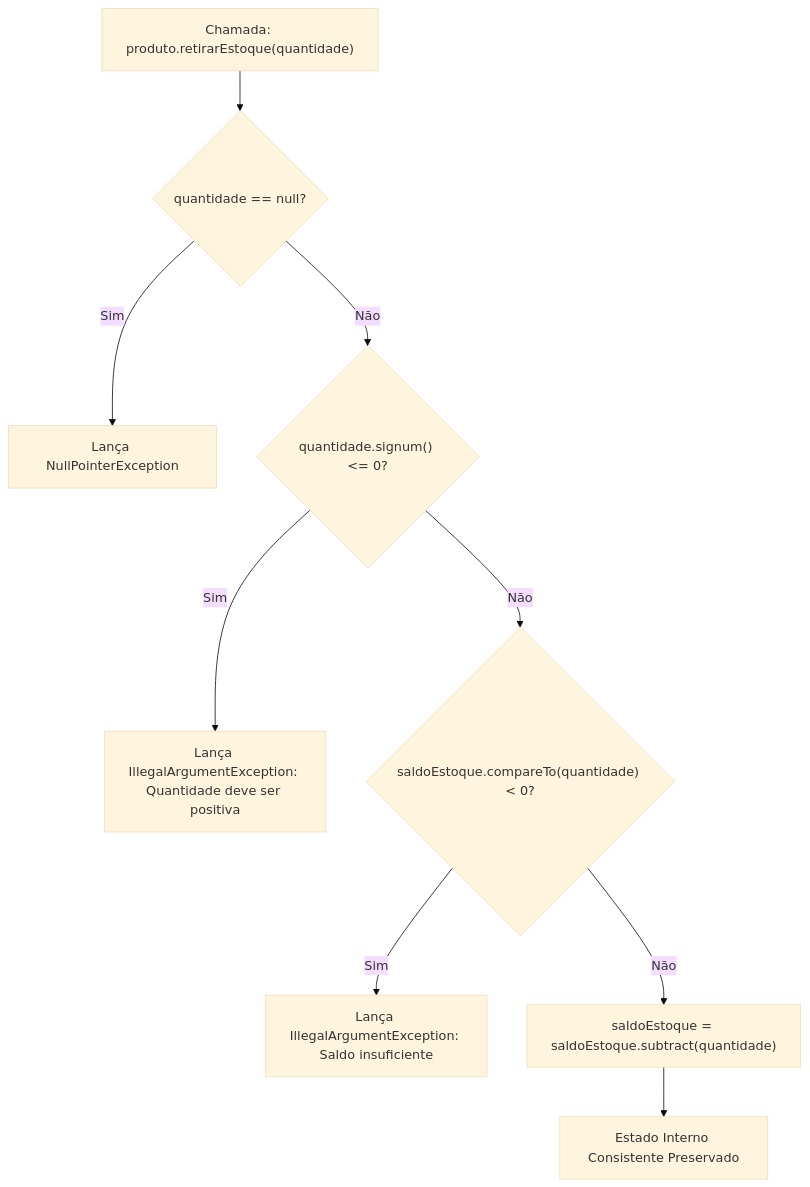
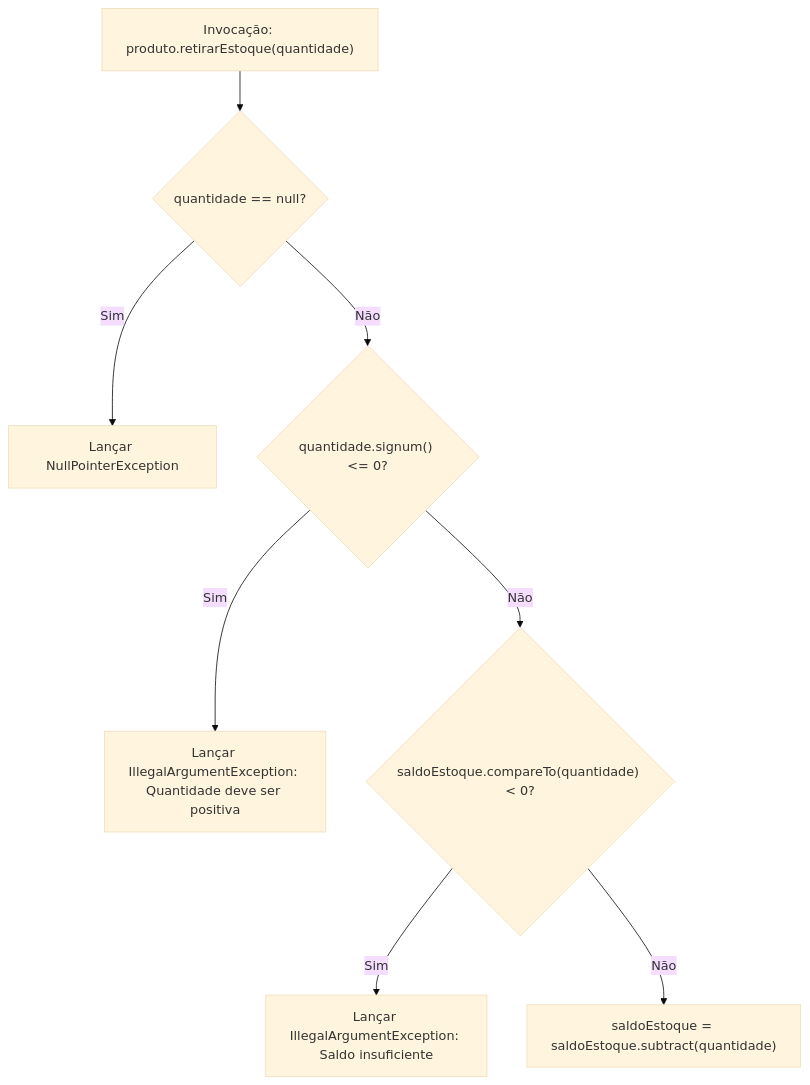
One commit to murilolol/unifef changed diagram 16 of 31 in 4º Semestre/[Prof. Jefferson Passerini] Laboratório de Programação IV/Resumos-IA/Caderno-Consolidado.md. Above: the diagram before and after it, drawn with Mermaid (base theme). The commit also changed other lines of this file and 58 other files, not shown here.

````diff
--- a/4º Semestre/[Prof. Jefferson Passerini] Laboratório de Programação IV/Resumos-IA/Caderno-Consolidado.md
+++ b/4º Semestre/[Prof. Jefferson Passerini] Laboratório de Programação IV/Resumos-IA/Caderno-Consolidado.md
@@ -396,11 +836,10 @@
 ```mermaid
 flowchart TD
-  Invocacao["Chamada: produto.retirarEstoque(quantidade)"] --> V1{"quantidade == null?"}
-  V1 -- "Sim" --> E1["Lança NullPointerException"]
-  V1 -- "Não" --> V2{"quantidade.signum() <= 0?"}
-  V2 -- "Sim" --> E2["Lança IllegalArgumentException: Quantidade deve ser positiva"]
-  V2 -- "Não" --> V3{"saldoEstoque.compareTo(quantidade) < 0?"}
-  V3 -- "Sim" --> E3["Lança IllegalArgumentException: Saldo insuficiente"]
-  V3 -- "Não" --> Exec["saldoEstoque = saldoEstoque.subtract(quantidade)"]
-  Exec --> Sucesso["Estado Interno Consistente Preservado"]
+    Entrada["Invocação: produto.retirarEstoque(quantidade)"] --> ValNulo{"quantidade == null?"}
+    ValNulo -- "Sim" --> E1["Lançar NullPointerException"]
+    ValNulo -- "Não" --> ValPositivo{"quantidade.signum() <= 0?"}
+    ValPositivo -- "Sim" --> E2["Lançar IllegalArgumentException: Quantidade deve ser positiva"]
+    ValPositivo -- "Não" --> ValSaldo{"saldoEstoque.compareTo(quantidade) < 0?"}
+    ValSaldo -- "Sim" --> E3["Lançar IllegalArgumentException: Saldo insuficiente"]
+    ValSaldo -- "Não" --> Sucesso["saldoEstoque = saldoEstoque.subtract(quantidade)"]
 ```
````
